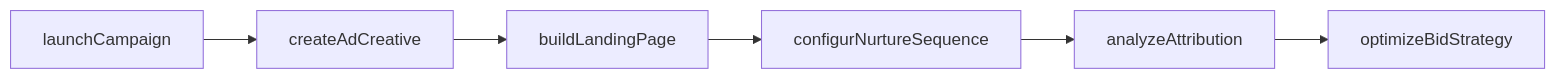
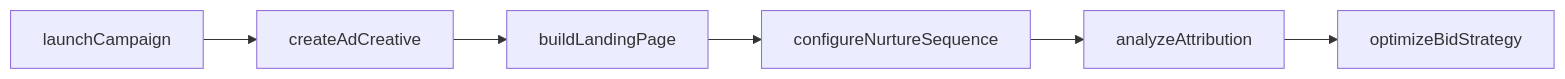
The first of 2 diagrams in Marketing/DemandGeneration.mdx (dot-org-ai/departments.org.ai), drawn with Mermaid before and after one commit. The commit also changed other lines of this file and 14 other files, not shown here.

````diff
--- a/Marketing/DemandGeneration.mdx
+++ b/Marketing/DemandGeneration.mdx
@@ -82,8 +82,8 @@
 ```mermaid
 graph LR
   launchCampaign --> createAdCreative
   createAdCreative --> buildLandingPage
-  buildLandingPage --> configurNurtureSequence
-  configurNurtureSequence --> analyzeAttribution
+  buildLandingPage --> configureNurtureSequence
+  configureNurtureSequence --> analyzeAttribution
   analyzeAttribution --> optimizeBidStrategy
 ```
````
